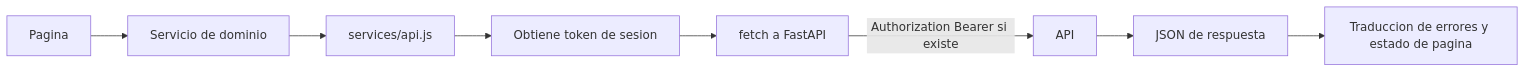
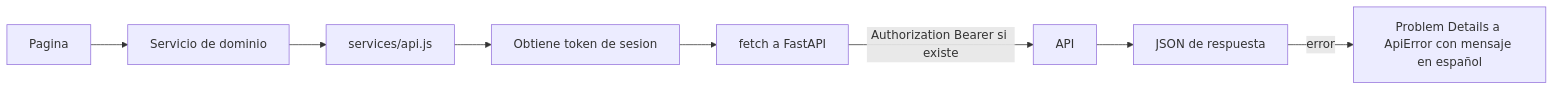
One commit to Juan-Marulanda1/you-found-me changed the second of 2 diagrams in frontend/docs/flujos.md. Above: the diagram before and after it, drawn with Mermaid. The commit also changed other lines of this file and 4 other files, not shown here.

```diff
--- a/frontend/docs/flujos.md
+++ b/frontend/docs/flujos.md
@@ -25,10 +25,10 @@
 ~~~mermaid
 flowchart LR
     P[Pagina] --> D[Servicio de dominio]
     D --> H[services/api.js]
     H --> T[Obtiene token de sesion]
     T --> F[fetch a FastAPI]
     F -->|Authorization Bearer si existe| A[API]
     A --> R[JSON de respuesta]
-    R --> N[Traduccion de errores y estado de pagina]
+    R -->|error| N[Problem Details a ApiError con mensaje en español]
 ~~~
```
